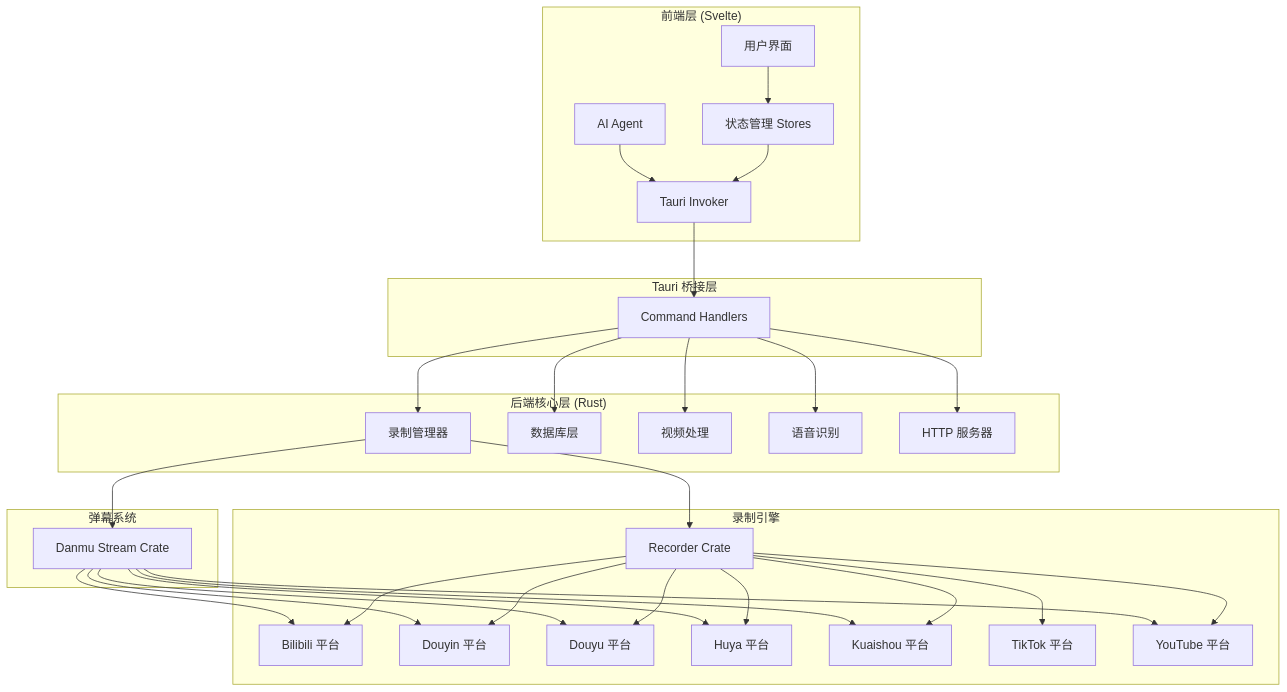
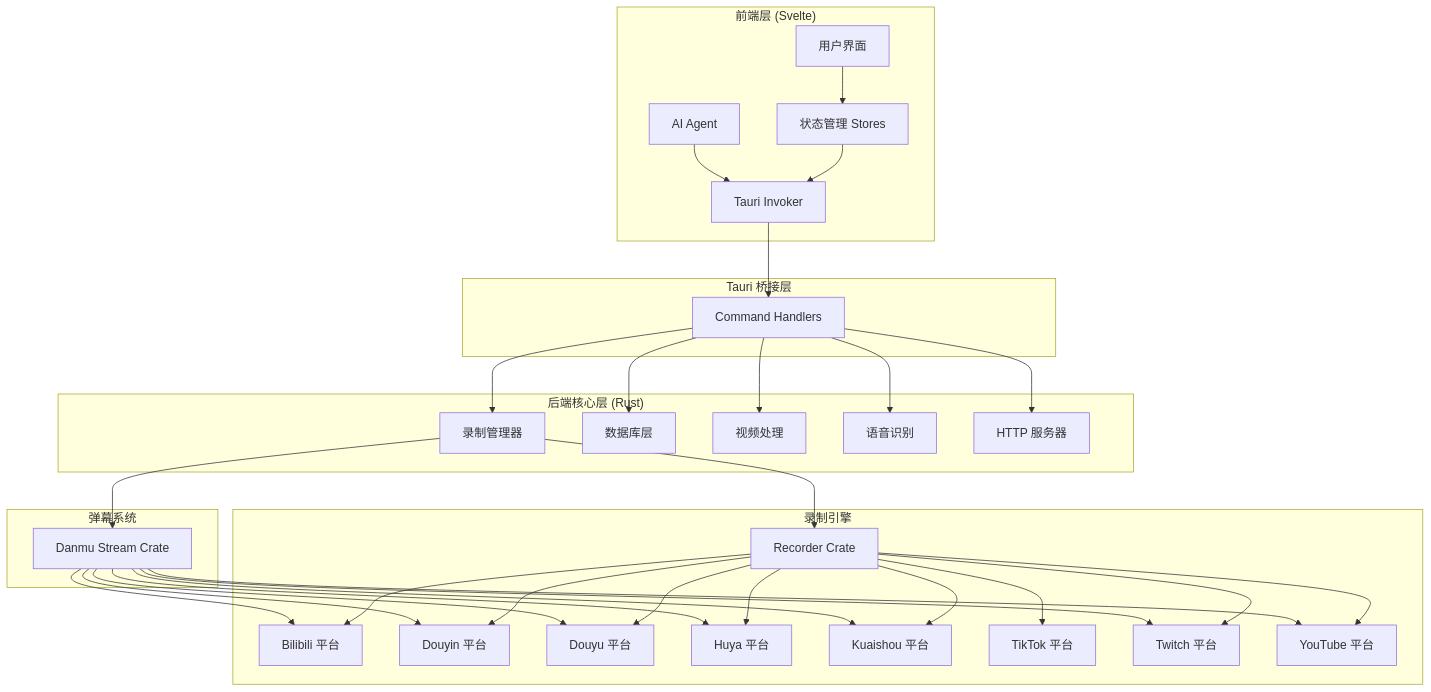
One commit to Xinrea/bili-shadowreplay changed the first of 3 diagrams in docs/development/architecture/overview.md. Above: the diagram before and after it, drawn with Mermaid. The commit also changed other lines of this file and 29 other files, not shown here.

````diff
--- a/docs/development/architecture/overview.md
+++ b/docs/development/architecture/overview.md
@@ -29,64 +29,67 @@
 ```mermaid
 graph TB
     subgraph "前端层 (Svelte)"
         UI[用户界面]
         Store[状态管理 Stores]
         Agent[AI Agent]
         Invoker[Tauri Invoker]
     end
 
     subgraph "Tauri 桥接层"
         Commands[Command Handlers]
     end
 
     subgraph "后端核心层 (Rust)"
         RecorderMgr[录制管理器]
         Database[数据库层]
         FFmpeg[视频处理]
         Whisper[语音识别]
         HttpServer[HTTP 服务器]
     end
 
     subgraph "录制引擎"
         Recorder[Recorder Crate]
         Bilibili[Bilibili 平台]
         Douyin[Douyin 平台]
         Douyu[Douyu 平台]
         Huya[Huya 平台]
         Kuaishou[Kuaishou 平台]
         TikTok[TikTok 平台]
+        Twitch[Twitch 平台]
         YouTube[YouTube 平台]
     end
 
     subgraph "弹幕系统"
         DanmuStream[Danmu Stream Crate]
     end
 
     UI --> Store
     Store --> Invoker
     Agent --> Invoker
     Invoker --> Commands
 
     Commands --> RecorderMgr
     Commands --> Database
     Commands --> FFmpeg
     Commands --> Whisper
     Commands --> HttpServer
 
     RecorderMgr --> Recorder
     Recorder --> Bilibili
     Recorder --> Douyin
     Recorder --> Douyu
     Recorder --> Huya
     Recorder --> Kuaishou
     Recorder --> TikTok
+    Recorder --> Twitch
     Recorder --> YouTube
 
     RecorderMgr --> DanmuStream
     DanmuStream --> Bilibili
     DanmuStream --> Douyin
     DanmuStream --> Douyu
     DanmuStream --> Huya
     DanmuStream --> Kuaishou
+    DanmuStream --> Twitch
     DanmuStream --> YouTube
 ```
````
